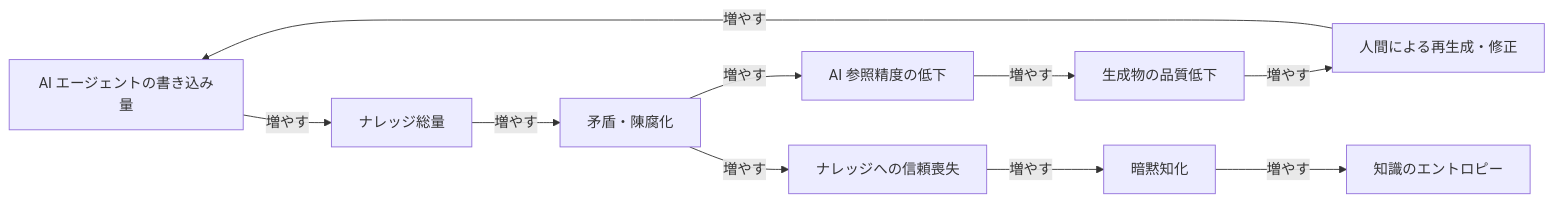
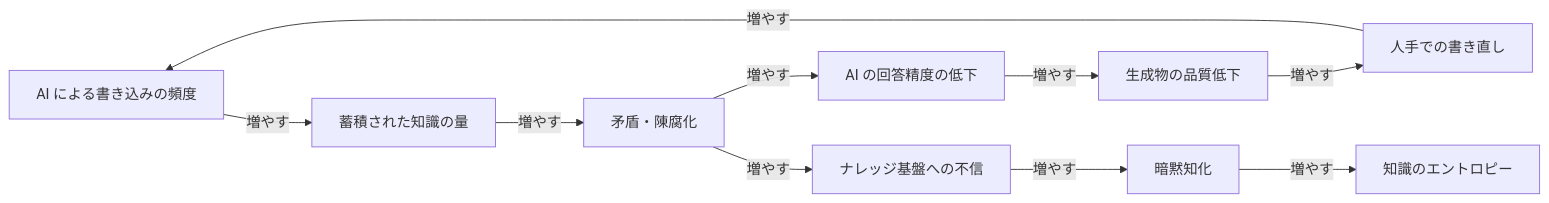
Before and after one commit to iwasa-kosui/monorepo: the seventh of 10 diagrams in apps/kosui-me/src/content/posts/2026-04-29-knowledge-entropy-and-normative-layer.mdx, drawn with Mermaid. The commit also changed other lines of this file, not shown here.

````diff
--- a/apps/kosui-me/src/content/posts/2026-04-29-knowledge-entropy-and-normative-layer.mdx
+++ b/apps/kosui-me/src/content/posts/2026-04-29-knowledge-entropy-and-normative-layer.mdx
@@ -166,22 +166,22 @@
 ```mermaid
 flowchart LR
-    A["AI エージェントの書き込み量"]
-    B["ナレッジ総量"]
+    A["AI による書き込みの頻度"]
+    B["蓄積された知識の量"]
     C["矛盾・陳腐化"]
-    D["AI 参照精度の低下"]
+    D["AI の回答精度の低下"]
     E["生成物の品質低下"]
-    F["人間による再生成・修正"]
-    G["ナレッジへの信頼喪失"]
+    F["人手での書き直し"]
+    G["ナレッジ基盤への不信"]
     H["暗黙知化"]
     I["知識のエントロピー"]
 
     A -->|増やす| B
     B -->|増やす| C
     C -->|増やす| D
     D -->|増やす| E
     E -->|増やす| F
     F -->|増やす| A
     C -->|増やす| G
     G -->|増やす| H
     H -->|増やす| I
 ```
````
